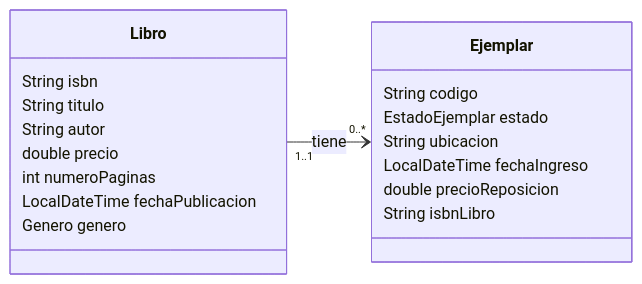
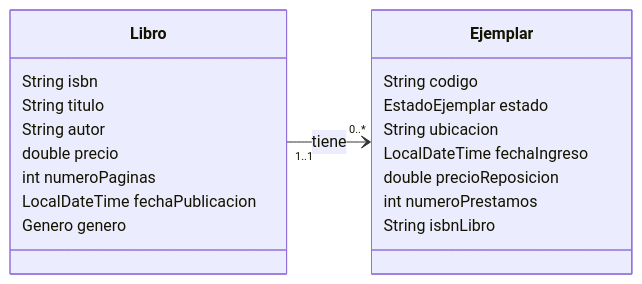
The second of 2 diagrams in README.md (Milan32555/SegundoProyecto-Libreria), drawn with Mermaid before and after one commit. The commit also changed other lines of this file and 56 other files, not shown here.

````diff
--- a/README.md
+++ b/README.md
@@ -41,22 +41,23 @@
 ```mermaid
 classDiagram
     direction LR
     class Libro {
         String isbn
         String titulo
         String autor
         double precio
         int numeroPaginas
         LocalDateTime fechaPublicacion
         Genero genero
     }
     class Ejemplar {
         String codigo
         EstadoEjemplar estado
         String ubicacion
         LocalDateTime fechaIngreso
         double precioReposicion
+        int numeroPrestamos
         String isbnLibro
     }
     Libro "1..1" --> "0..*" Ejemplar : tiene
 ```
````
